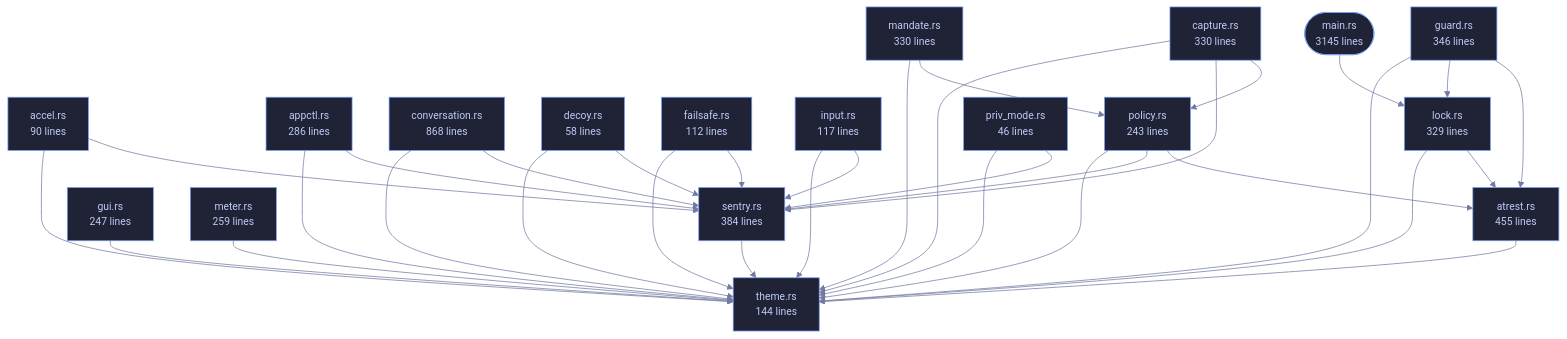
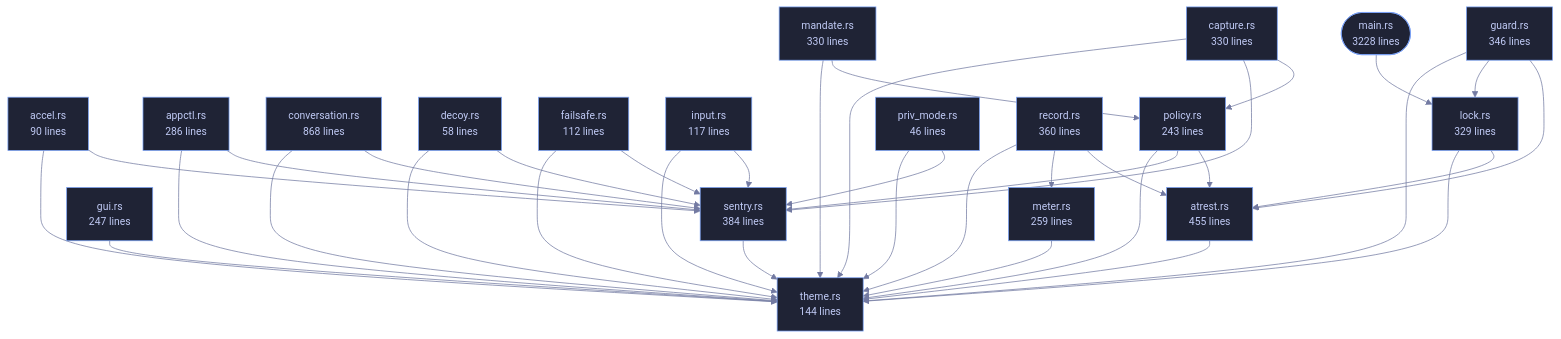
Before and after one commit to tilas01/veilvoice: the diagram in wiki/Crate-veilvoice-cli.md, drawn with Mermaid. The commit also changed other lines of this file and 69 other files, not shown here.

````diff
--- a/wiki/Crate-veilvoice-cli.md
+++ b/wiki/Crate-veilvoice-cli.md
@@ -97,72 +97,77 @@
 ```mermaid
 %%{init: {"theme":"base","themeVariables":{"background":"#1a1b26","primaryColor":"#1f2335","primaryTextColor":"#c0caf5","primaryBorderColor":"#7aa2f7","secondaryColor":"#16161e","tertiaryColor":"#16161e","lineColor":"#737aa2","textColor":"#c0caf5","mainBkg":"#1f2335","nodeBorder":"#7aa2f7","clusterBkg":"#16161e","clusterBorder":"#2f3549","fontFamily":"ui-monospace, SFMono-Regular, Consolas, monospace","fontSize":"14px"}}}%%
 flowchart TD
-    n_main(["main.rs<br/>3145 lines"])
+    n_main(["main.rs<br/>3228 lines"])
     n_accel["accel.rs<br/>90 lines"]
     n_appctl["appctl.rs<br/>286 lines"]
     n_atrest["atrest.rs<br/>455 lines"]
     n_capture["capture.rs<br/>330 lines"]
     n_conversation["conversation.rs<br/>868 lines"]
     n_decoy["decoy.rs<br/>58 lines"]
     n_failsafe["failsafe.rs<br/>112 lines"]
     n_guard["guard.rs<br/>346 lines"]
     n_gui["gui.rs<br/>247 lines"]
     n_input["input.rs<br/>117 lines"]
     n_lock["lock.rs<br/>329 lines"]
     n_mandate["mandate.rs<br/>330 lines"]
     n_meter["meter.rs<br/>259 lines"]
     n_policy["policy.rs<br/>243 lines"]
     n_priv_mode["priv_mode.rs<br/>46 lines"]
+    n_record["record.rs<br/>360 lines"]
     n_sentry["sentry.rs<br/>384 lines"]
     n_theme["theme.rs<br/>144 lines"]
     n_accel --> n_sentry
     n_accel --> n_theme
     n_appctl --> n_sentry
     n_appctl --> n_theme
     n_atrest --> n_theme
     n_capture --> n_policy
     n_capture --> n_sentry
     n_capture --> n_theme
     n_conversation --> n_sentry
     n_conversation --> n_theme
     n_decoy --> n_sentry
     n_decoy --> n_theme
     n_failsafe --> n_sentry
     n_failsafe --> n_theme
     n_guard --> n_atrest
     n_guard --> n_lock
     n_guard --> n_theme
     n_gui --> n_theme
     n_input --> n_sentry
     n_input --> n_theme
     n_lock --> n_atrest
     n_lock --> n_theme
     n_main --> n_lock
     n_mandate --> n_policy
     n_mandate --> n_theme
     n_meter --> n_theme
     n_policy --> n_atrest
     n_policy --> n_sentry
     n_policy --> n_theme
     n_priv_mode --> n_sentry
     n_priv_mode --> n_theme
+    n_record --> n_atrest
+    n_record --> n_meter
+    n_record --> n_theme
     n_sentry --> n_theme
     click n_main href "https://github.com/tilas01/veilvoice/blob/main/crates/veilvoice-cli/src/main.rs" "open the source"
     click n_accel href "https://github.com/tilas01/veilvoice/blob/main/crates/veilvoice-cli/src/accel.rs" "open the source"
     click n_appctl href "https://github.com/tilas01/veilvoice/blob/main/crates/veilvoice-cli/src/appctl.rs" "open the source"
     click n_atrest href "https://github.com/tilas01/veilvoice/blob/main/crates/veilvoice-cli/src/atrest.rs" "open the source"
     click n_capture href "https://github.com/tilas01/veilvoice/blob/main/crates/veilvoice-cli/src/capture.rs" "open the source"
     click n_conversation href "https://github.com/tilas01/veilvoice/blob/main/crates/veilvoice-cli/src/conversation.rs" "open the source"
     click n_decoy href "https://github.com/tilas01/veilvoice/blob/main/crates/veilvoice-cli/src/decoy.rs" "open the source"
     click n_failsafe href "https://github.com/tilas01/veilvoice/blob/main/crates/veilvoice-cli/src/failsafe.rs" "open the source"
     click n_guard href "https://github.com/tilas01/veilvoice/blob/main/crates/veilvoice-cli/src/guard.rs" "open the source"
     click n_gui href "https://github.com/tilas01/veilvoice/blob/main/crates/veilvoice-cli/src/gui.rs" "open the source"
     click n_input href "https://github.com/tilas01/veilvoice/blob/main/crates/veilvoice-cli/src/input.rs" "open the source"
     click n_lock href "https://github.com/tilas01/veilvoice/blob/main/crates/veilvoice-cli/src/lock.rs" "open the source"
     click n_mandate href "https://github.com/tilas01/veilvoice/blob/main/crates/veilvoice-cli/src/mandate.rs" "open the source"
     click n_meter href "https://github.com/tilas01/veilvoice/blob/main/crates/veilvoice-cli/src/meter.rs" "open the source"
     click n_policy href "https://github.com/tilas01/veilvoice/blob/main/crates/veilvoice-cli/src/policy.rs" "open the source"
     click n_priv_mode href "https://github.com/tilas01/veilvoice/blob/main/crates/veilvoice-cli/src/priv_mode.rs" "open the source"
+    click n_record href "https://github.com/tilas01/veilvoice/blob/main/crates/veilvoice-cli/src/record.rs" "open the source"
     click n_sentry href "https://github.com/tilas01/veilvoice/blob/main/crates/veilvoice-cli/src/sentry.rs" "open the source"
     click n_theme href "https://github.com/tilas01/veilvoice/blob/main/crates/veilvoice-cli/src/theme.rs" "open the source"
 ```
````
